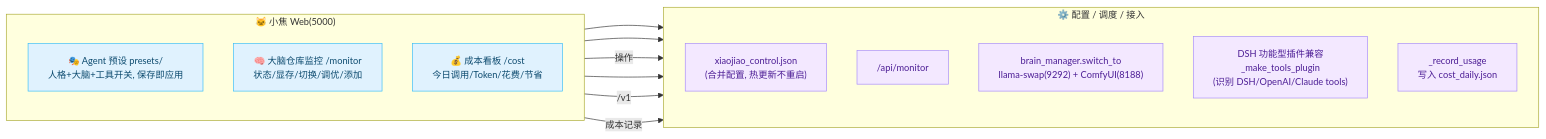
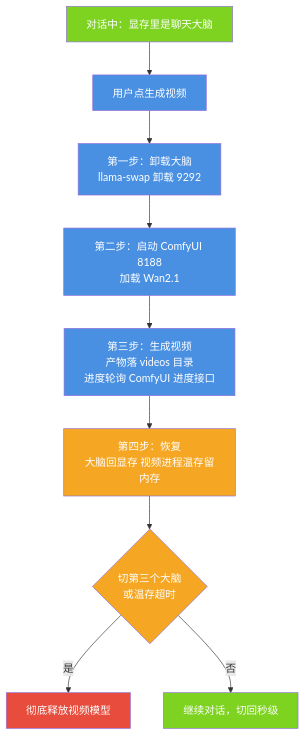
Before and after one commit to jiangchuangege/xiaojiao-harnees: the fourth of 4 diagrams in docs/architecture.md, drawn with Mermaid. The commit also changed other lines of this file and 51 other files, not shown here.

````diff
--- a/docs/architecture.md
+++ b/docs/architecture.md
@@ -247,31 +600,21 @@
 ```mermaid
-%%{init: {"themeVariables": {"fontSize": "14px"}, "flowchart": {"htmlLabels": true, "wrappingWidth": 320, "nodeSpacing": 46, "rankSpacing": 64, "useMaxWidth": true}}}%%
-flowchart LR
-    subgraph XJ["🐱 小焦 Web(5000)"]
-        direction TB
-        P["🎭 Agent 预设 presets/<br/>人格+大脑+工具开关, 保存即应用"]
-        M["🧠 大脑仓库监控 /monitor<br/>状态/显存/切换/调优/添加"]
-        COST["💰 成本看板 /cost<br/>今日调用/Token/花费/节省"]
-    end
+flowchart TB
+    A["对话中：显存里是聊天大脑"] --> B["用户点生成视频"]
+    B --> C["第一步：卸载大脑<br/>llama-swap 卸载 9292"]
+    C --> D["第二步：启动 ComfyUI 8188<br/>加载 Wan2.1"]
+    D --> E["第三步：生成视频<br/>产物落 videos 目录<br/>进度轮询 ComfyUI 进度接口"]
+    E --> F["第四步：恢复<br/>大脑回显存 视频进程温存留内存"]
+    F --> G{"切第三个大脑<br/>或温存超时"}
+    G -->|"是"| H["彻底释放视频模型"]
+    G -->|"否"| I["继续对话，切回秒级"]
 
-    subgraph OP["⚙️ 配置 / 调度 / 接入"]
-        direction TB
-        C["xiaojiao_control.json<br/>(合并配置, 热更新不重启)"]
-        A["/api/monitor"]
-        B["brain_manager.switch_to<br/>llama-swap(9292) + ComfyUI(8188)"]
-        D["DSH 功能型插件兼容<br/>_make_tools_plugin<br/>(识别 DSH/OpenAI/Claude tools)"]
-        J["_record_usage<br/>写入 cost_daily.json"]
-    end
-
-    P --> C
-    M --> A
-    M -->|操作| B
-    XJ -->|/v1| D
-    XJ -->|成本记录| J
-    COST --> J
-
-    classDef xj fill:#e0f2fe,stroke:#38bdf8,color:#0c4a6e;
-    classDef op fill:#f3e8ff,stroke:#a78bfa,color:#4c1d95;
-    class P,M,COST xj;
-    class C,A,B,D,J op;
+    style A fill:#7ED321,color:#fff
+    style B fill:#4A90E2,color:#fff
+    style C fill:#4A90E2,color:#fff
+    style D fill:#4A90E2,color:#fff
+    style E fill:#4A90E2,color:#fff
+    style F fill:#F5A623,color:#fff
+    style G fill:#F5A623,color:#fff
+    style H fill:#E74C3C,color:#fff
+    style I fill:#7ED321,color:#fff
 ```
````
